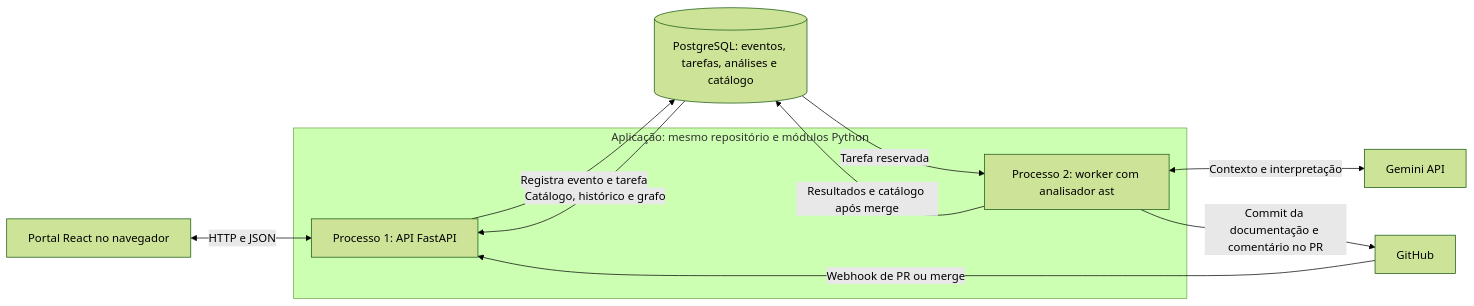
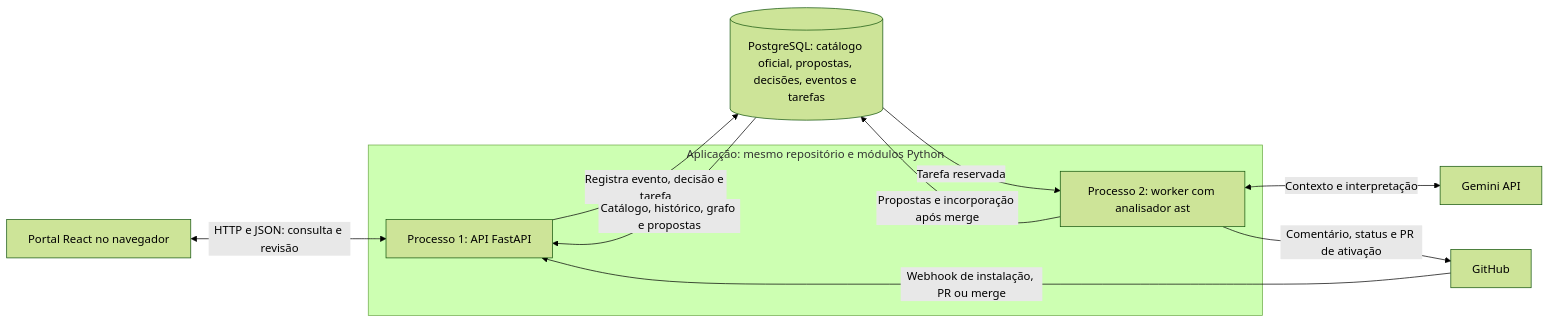
The first of 2 diagrams in docs/arquitetura-tcc.md (marleypm16/tcc), drawn with Mermaid (forest theme) before and after one commit. The commit also changed other lines of this file and 7 other files, not shown here.

````diff
--- a/docs/arquitetura-tcc.md
+++ b/docs/arquitetura-tcc.md
@@ -22,20 +22,20 @@
 ```mermaid
 flowchart LR
     PORTAL["Portal React no navegador"]
     GH["GitHub"]
     IA["Gemini API"]
     subgraph APP["Aplicação: mesmo repositório e módulos Python"]
         API["Processo 1: API FastAPI"]
         WORKER["Processo 2: worker com analisador ast"]
     end
-    DB[("PostgreSQL: eventos, tarefas, análises e catálogo")]
+    DB[("PostgreSQL: catálogo oficial, propostas, decisões, eventos e tarefas")]
 
-    PORTAL <-->|HTTP e JSON| API
-    GH -->|Webhook de PR ou merge| API
-    API -->|Registra evento e tarefa| DB
+    PORTAL <-->|HTTP e JSON: consulta e revisão| API
+    GH -->|Webhook de instalação, PR ou merge| API
+    API -->|Registra evento, decisão e tarefa| DB
     DB -->|Tarefa reservada| WORKER
     WORKER <-->|Contexto e interpretação| IA
-    WORKER -->|Commit da documentação e comentário no PR| GH
-    WORKER -->|Resultados e catálogo após merge| DB
-    DB -->|Catálogo, histórico e grafo| API
+    WORKER -->|Comentário, status e PR de ativação| GH
+    WORKER -->|Propostas e incorporação após merge| DB
+    DB -->|Catálogo, histórico, grafo e propostas| API
 ```
````
